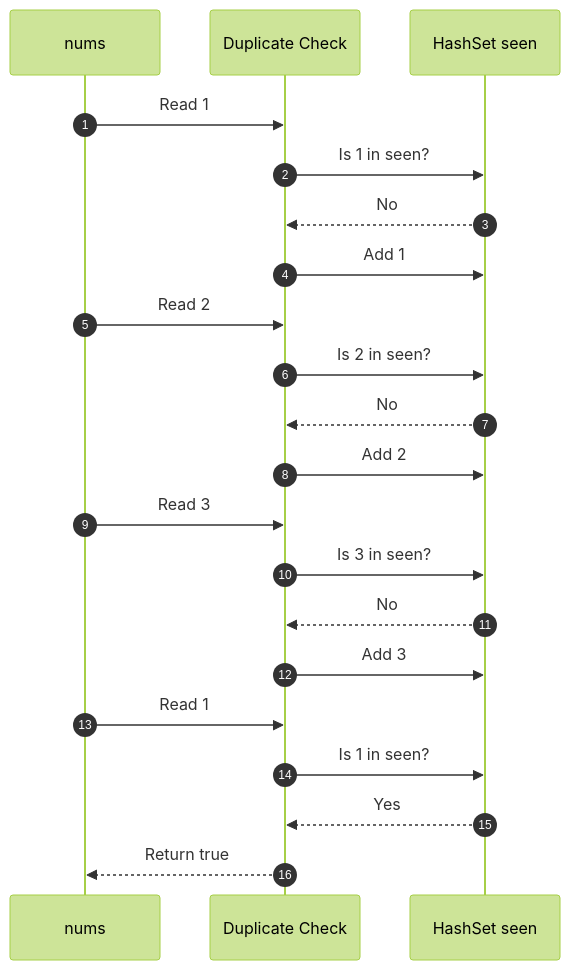
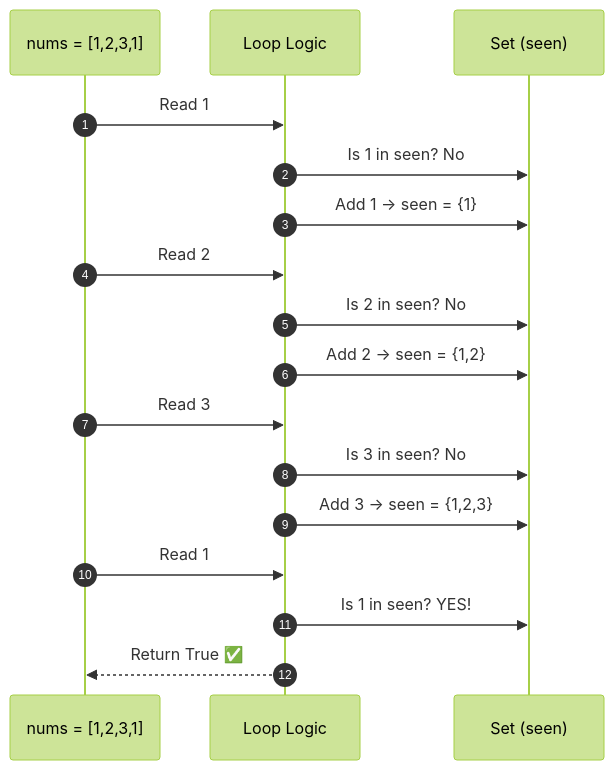
One commit to M-F-Tushar/LeetCode-Problem-Solving changed the tenth of 13 diagrams in 02 - Contains Duplicate/README.md. Above: the diagram before and after it, drawn with Mermaid (forest theme). The commit also changed other lines of this file, not shown here.

````diff
--- a/02 - Contains Duplicate/README.md
+++ b/02 - Contains Duplicate/README.md
@@ -450,27 +295,23 @@
 ```mermaid
 sequenceDiagram
     autonumber
-    participant Array as nums
-    participant Logic as Duplicate Check
-    participant Set as HashSet seen
+    participant A as nums = [1,2,3,1]
+    participant L as Loop Logic
+    participant S as Set (seen)
 
-    Array->>Logic: Read 1
-    Logic->>Set: Is 1 in seen?
-    Set-->>Logic: No
-    Logic->>Set: Add 1
+    A->>L: Read 1
+    L->>S: Is 1 in seen? No
+    L->>S: Add 1 → seen = {1}
 
-    Array->>Logic: Read 2
-    Logic->>Set: Is 2 in seen?
-    Set-->>Logic: No
-    Logic->>Set: Add 2
+    A->>L: Read 2
+    L->>S: Is 2 in seen? No
+    L->>S: Add 2 → seen = {1,2}
 
-    Array->>Logic: Read 3
-    Logic->>Set: Is 3 in seen?
-    Set-->>Logic: No
-    Logic->>Set: Add 3
+    A->>L: Read 3
+    L->>S: Is 3 in seen? No
+    L->>S: Add 3 → seen = {1,2,3}
 
-    Array->>Logic: Read 1
-    Logic->>Set: Is 1 in seen?
-    Set-->>Logic: Yes
-    Logic-->>Array: Return true
+    A->>L: Read 1
+    L->>S: Is 1 in seen? YES!
+    L-->>A: Return True ✅
 ```
````
